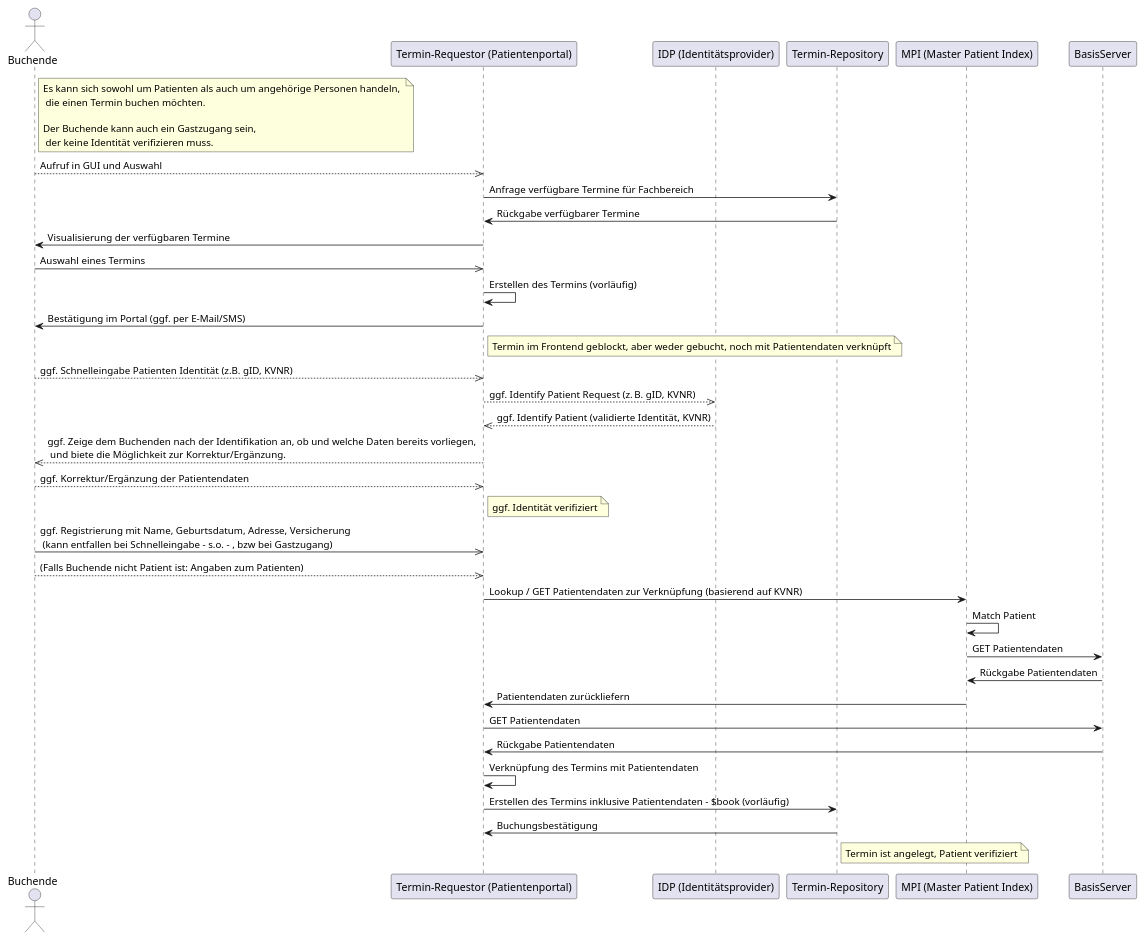
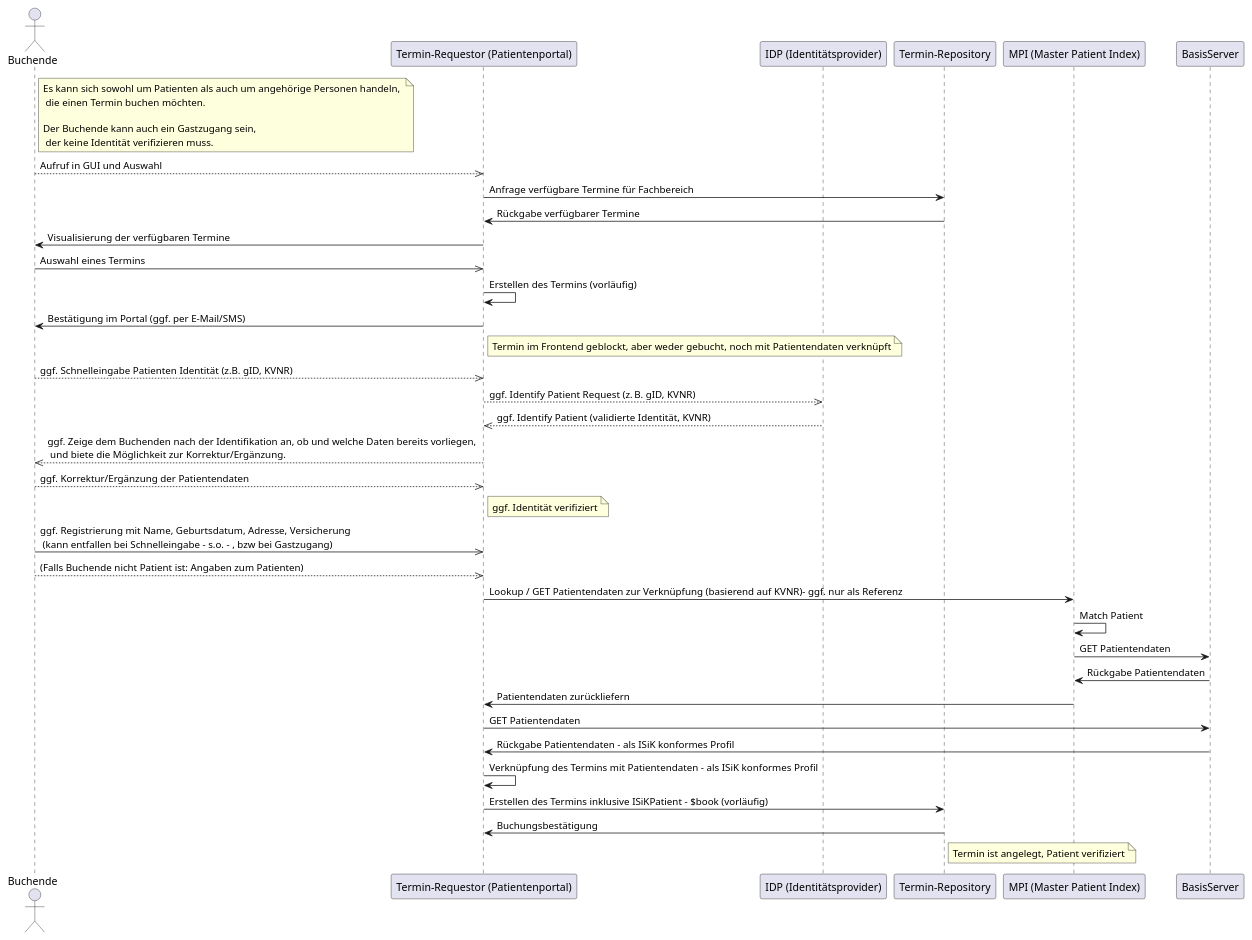
The diagram in Material/Terminplanung/images/diagrams/identitaetsnachweis-sequenz.puml (gematik/spec-ISiK-Basismodul), drawn with PlantUML before and after one commit.

Commit message:
update order

```diff
--- a/Material/Terminplanung/images/diagrams/identitaetsnachweis-sequenz.puml
+++ b/Material/Terminplanung/images/diagrams/identitaetsnachweis-sequenz.puml
@@ -1,55 +1,55 @@
 @startuml
 
 actor Buchende
 participant "Termin-Requestor (Patientenportal)" as TR
 participant "IDP (Identitätsprovider)" as IDP
 participant "Termin-Repository" as TRP
 participant "MPI (Master Patient Index)" as MPI
 participant "BasisServer" as BS
 
 Note right of Buchende: Es kann sich sowohl um Patienten als auch um angehörige Personen handeln, \n die einen Termin buchen möchten. \n\nDer Buchende kann auch ein Gastzugang sein, \n der keine Identität verifizieren muss.
 
 Buchende-->>TR: Aufruf in GUI und Auswahl
 TR -> TRP: Anfrage verfügbare Termine für Fachbereich
 TRP -> TR: Rückgabe verfügbarer Termine
 
 TR -> Buchende: Visualisierung der verfügbaren Termine
 
 Buchende->>TR: Auswahl eines Termins
 
 TR -> TR: Erstellen des Termins (vorläufig)
 TR -> Buchende: Bestätigung im Portal (ggf. per E-Mail/SMS)
 Note right of TR: Termin im Frontend geblockt, aber weder gebucht,  noch mit Patientendaten verknüpft
 
 Buchende-->>TR: ggf. Schnelleingabe Patienten Identität (z.B. gID, KVNR)
 TR-->>IDP: ggf. Identify Patient Request (z. B. gID, KVNR)
 IDP-->>TR: ggf. Identify Patient (validierte Identität, KVNR)
 
 TR-->>Buchende: ggf. Zeige dem Buchenden nach der Identifikation an, ob und welche Daten bereits vorliegen, \n und biete die Möglichkeit zur Korrektur/Ergänzung.
 Buchende-->>TR: ggf. Korrektur/Ergänzung der Patientendaten
 Note right of TR: ggf. Identität verifiziert
 
 Buchende->>TR: ggf. Registrierung mit Name, Geburtsdatum, Adresse, Versicherung \n (kann entfallen bei Schnelleingabe - s.o. - , bzw bei Gastzugang)
 Buchende-->>TR: (Falls Buchende nicht Patient ist: Angaben zum Patienten)
 
-TR -> MPI: Lookup / GET Patientendaten zur Verknüpfung (basierend auf KVNR)
+TR -> MPI: Lookup / GET Patientendaten zur Verknüpfung (basierend auf KVNR)- ggf. nur als Referenz
 MPI -> MPI: Match Patient
 MPI -> BS: GET Patientendaten
 BS -> MPI: Rückgabe Patientendaten
 MPI -> TR: Patientendaten zurückliefern
 
-TR -> BS: GET Patientendaten
-BS -> TR: Rückgabe Patientendaten
+TR -> BS: GET Patientendaten 
+BS -> TR: Rückgabe Patientendaten - als ISiK konformes Profil
 
-TR -> TR: Verknüpfung des Termins mit Patientendaten
+TR -> TR: Verknüpfung des Termins mit Patientendaten - als ISiK konformes Profil
 
-TR -> TRP: Erstellen des Termins inklusive Patientendaten - $book (vorläufig)
+TR -> TRP: Erstellen des Termins inklusive ISiKPatient - $book (vorläufig)
 
 TRP -> TR: Buchungsbestätigung
 
 note right of TRP: Termin ist angelegt, Patient verifiziert
 
 
 
 
 @enduml
```
